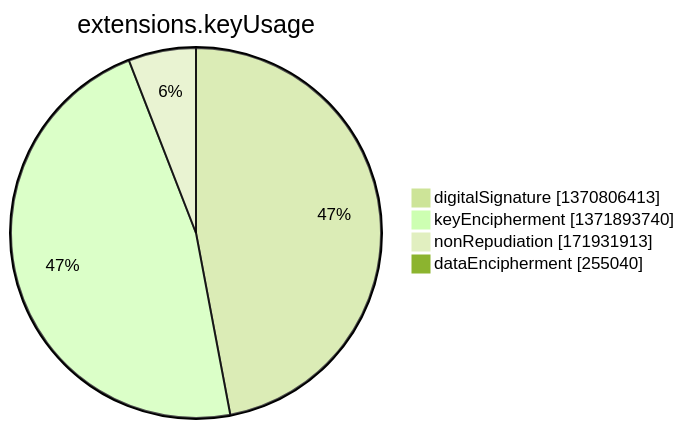
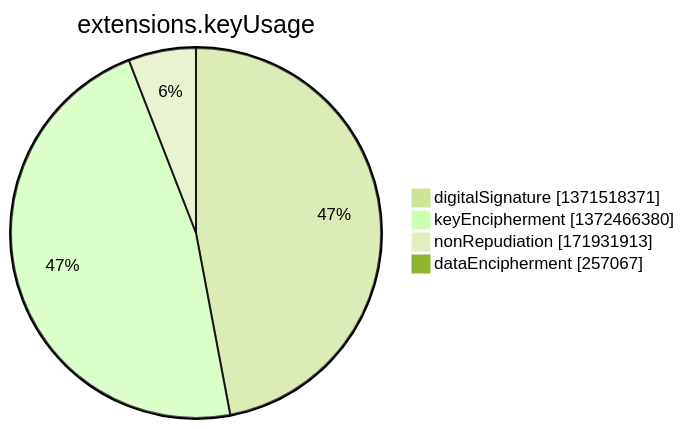
The seventh of 15 diagrams in argon2022/README.md (christiankrug/ctmonitor_visualization), drawn with Mermaid (forest theme) before and after one commit. The commit also changed other lines of this file, not shown here.

````diff
--- a/argon2022/README.md
+++ b/argon2022/README.md
@@ -2751,8 +2751,8 @@
 ```mermaid
 pie showData
 title extensions.keyUsage
-"digitalSignature" :1370806413
-"keyEncipherment" :1371893740
+"digitalSignature" :1371518371
+"keyEncipherment" :1372466380
 "nonRepudiation" :171931913
-"dataEncipherment" :255040
+"dataEncipherment" :257067
 ```
````
